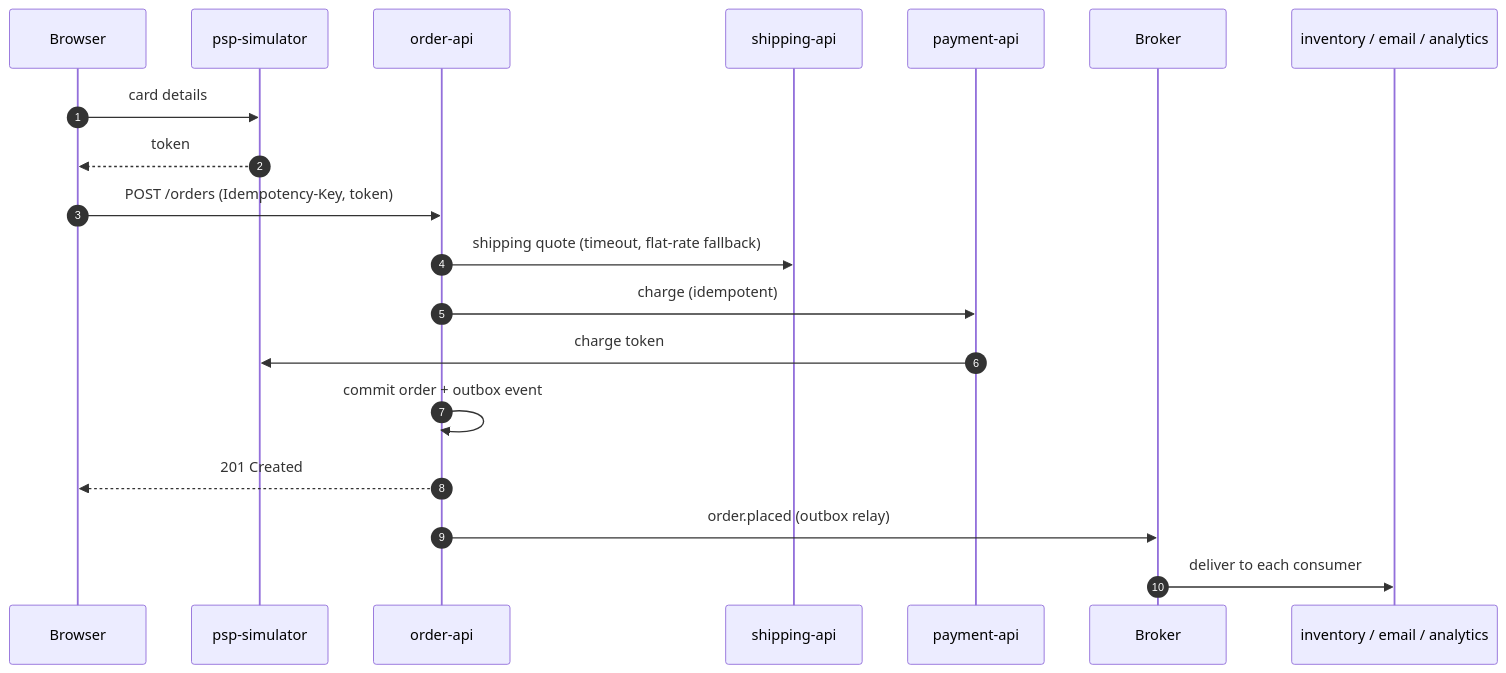
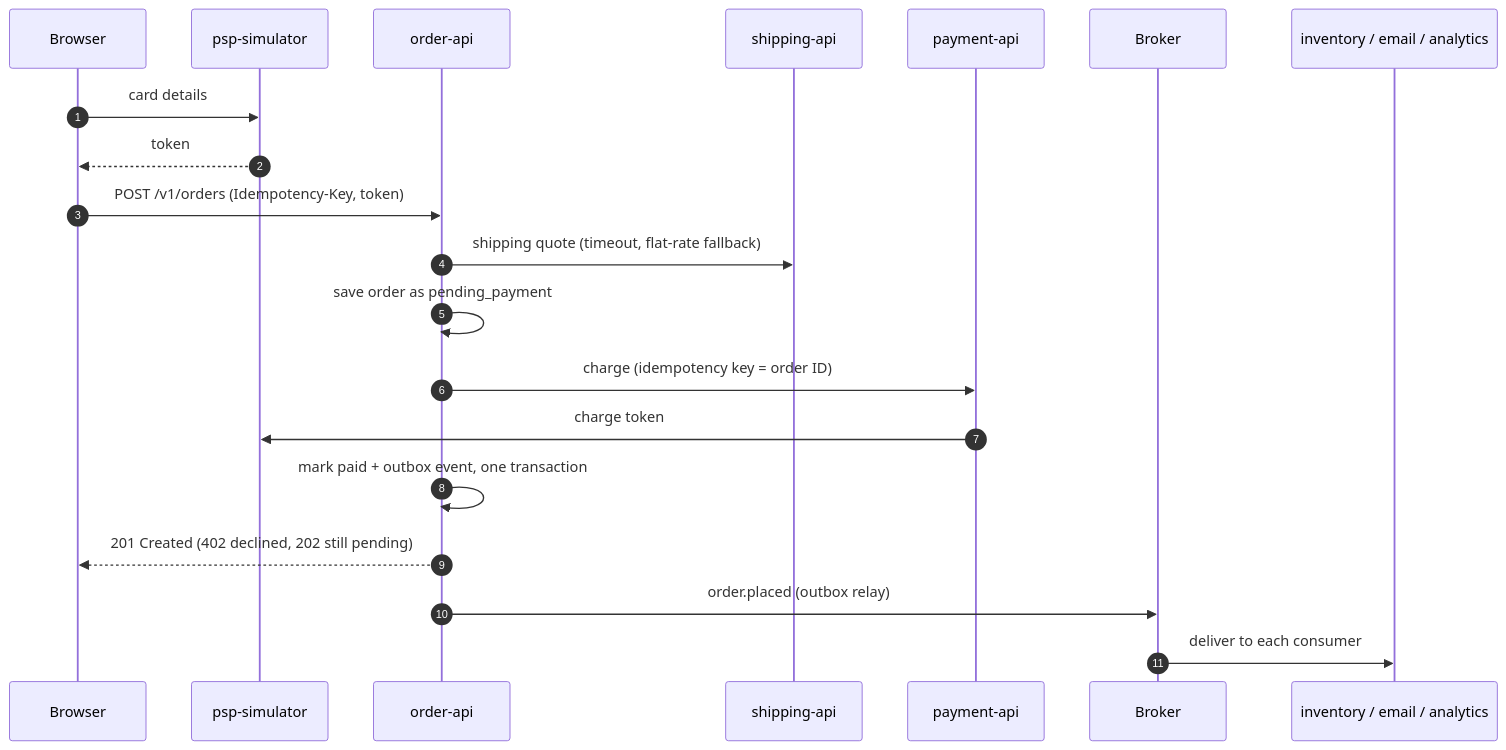
One commit to thiagogenez/labflow changed the diagram in README.md. Above: the diagram before and after it, drawn with Mermaid. The commit also changed other lines of this file and 1 other file, not shown here.

First line of the commit message:
docs: align order flow and services with the design decisions

````diff
--- a/README.md
+++ b/README.md
@@ -42,21 +43,22 @@
 ```mermaid
 sequenceDiagram
     autonumber
     participant B as Browser
     participant P as psp-simulator
     participant O as order-api
     participant S as shipping-api
     participant Pay as payment-api
     participant Q as Broker
     participant W as inventory / email / analytics
     B->>P: card details
     P-->>B: token
-    B->>O: POST /orders (Idempotency-Key, token)
+    B->>O: POST /v1/orders (Idempotency-Key, token)
     O->>S: shipping quote (timeout, flat-rate fallback)
-    O->>Pay: charge (idempotent)
+    O->>O: save order as pending_payment
+    O->>Pay: charge (idempotency key = order ID)
     Pay->>P: charge token
-    O->>O: commit order + outbox event
-    O-->>B: 201 Created
+    O->>O: mark paid + outbox event, one transaction
+    O-->>B: 201 Created (402 declined, 202 still pending)
     O->>Q: order.placed (outbox relay)
     Q->>W: deliver to each consumer
 ```
````
